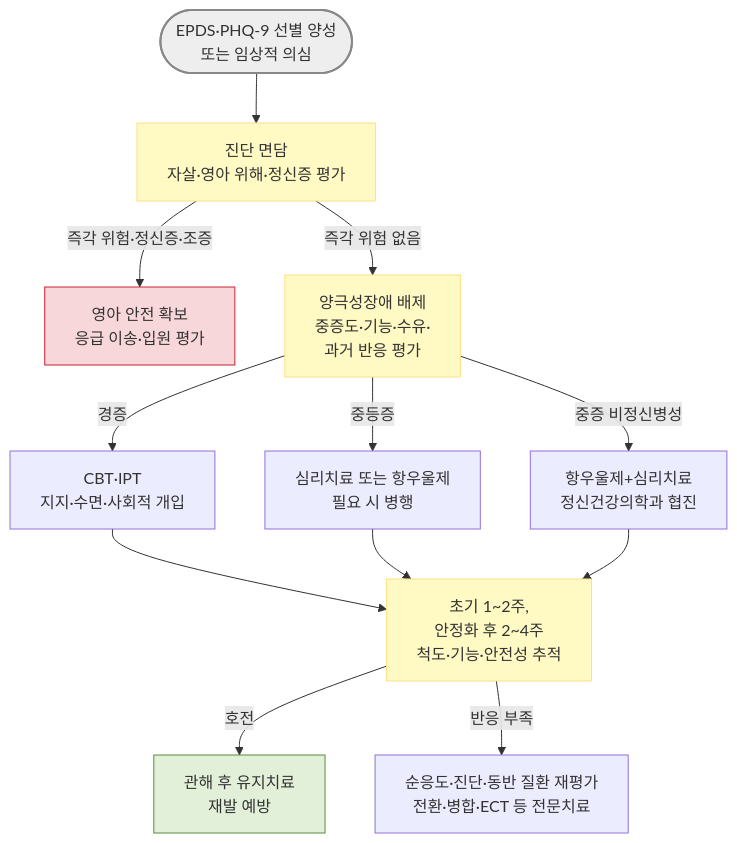
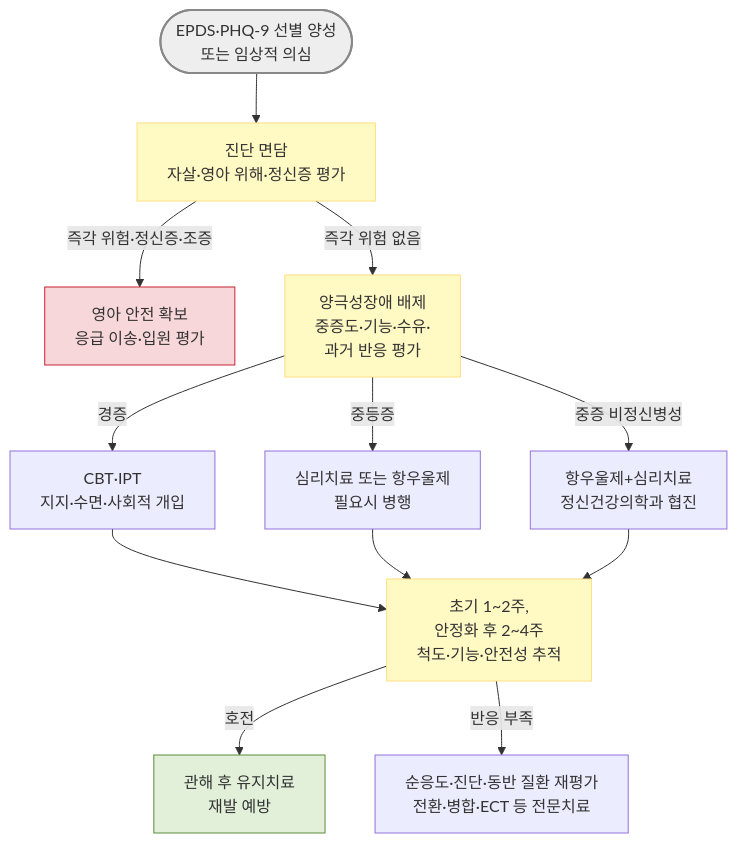
Before and after one commit to familyoh77/familyoh77: the diagram in 221_/028_-postpartum-depression.md, drawn with Mermaid. The commit also changed other lines of this file and 4 other files, not shown here.

````diff
--- a/221_/028_-postpartum-depression.md
+++ b/221_/028_-postpartum-depression.md
@@ -171,21 +171,21 @@
 ```mermaid
 flowchart TD
     A(["EPDS·PHQ-9 선별 양성<br/>또는 임상적 의심"]) --> B["진단 면담<br/>자살·영아 위해·정신증 평가"]
     B -->|"즉각 위험·정신증·조증"| C["영아 안전 확보<br/>응급 이송·입원 평가"]
     B -->|"즉각 위험 없음"| D["양극성장애 배제<br/>중증도·기능·수유·<br/>과거 반응 평가"]
     D -->|"경증"| E["CBT·IPT<br/>지지·수면·사회적 개입"]
-    D -->|"중등증"| F["심리치료 또는 항우울제<br/>필요 시 병행"]
+    D -->|"중등증"| F["심리치료 또는 항우울제<br/>필요시 병행"]
     D -->|"중증 비정신병성"| G["항우울제+심리치료<br/>정신건강의학과 협진"]
     E --> H["초기 1~2주, <br/>안정화 후 2~4주<br/>척도·기능·안전성 추적"]
     F --> H
     G --> H
     H -->|"호전"| J["관해 후 유지치료<br/>재발 예방"]
     H -->|"반응 부족"| I["순응도·진단·동반 질환 재평가<br/>전환·병합·ECT 등 전문치료"]
     style A fill:#eeeeee,stroke:#888888,stroke-width:2px
     style B fill:#fff9c4,stroke:#ffe082
     style C fill:#F8D7DA,stroke:#C82333
     style D fill:#fff9c4,stroke:#ffe082
     style H fill:#fff9c4,stroke:#ffe082
     style J fill:#E2F0D9,stroke:#5B8C3A
 
 ```
````
